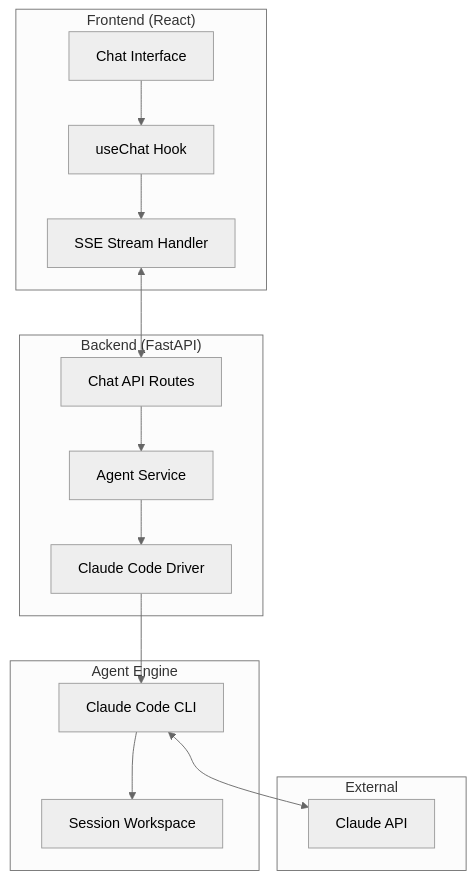
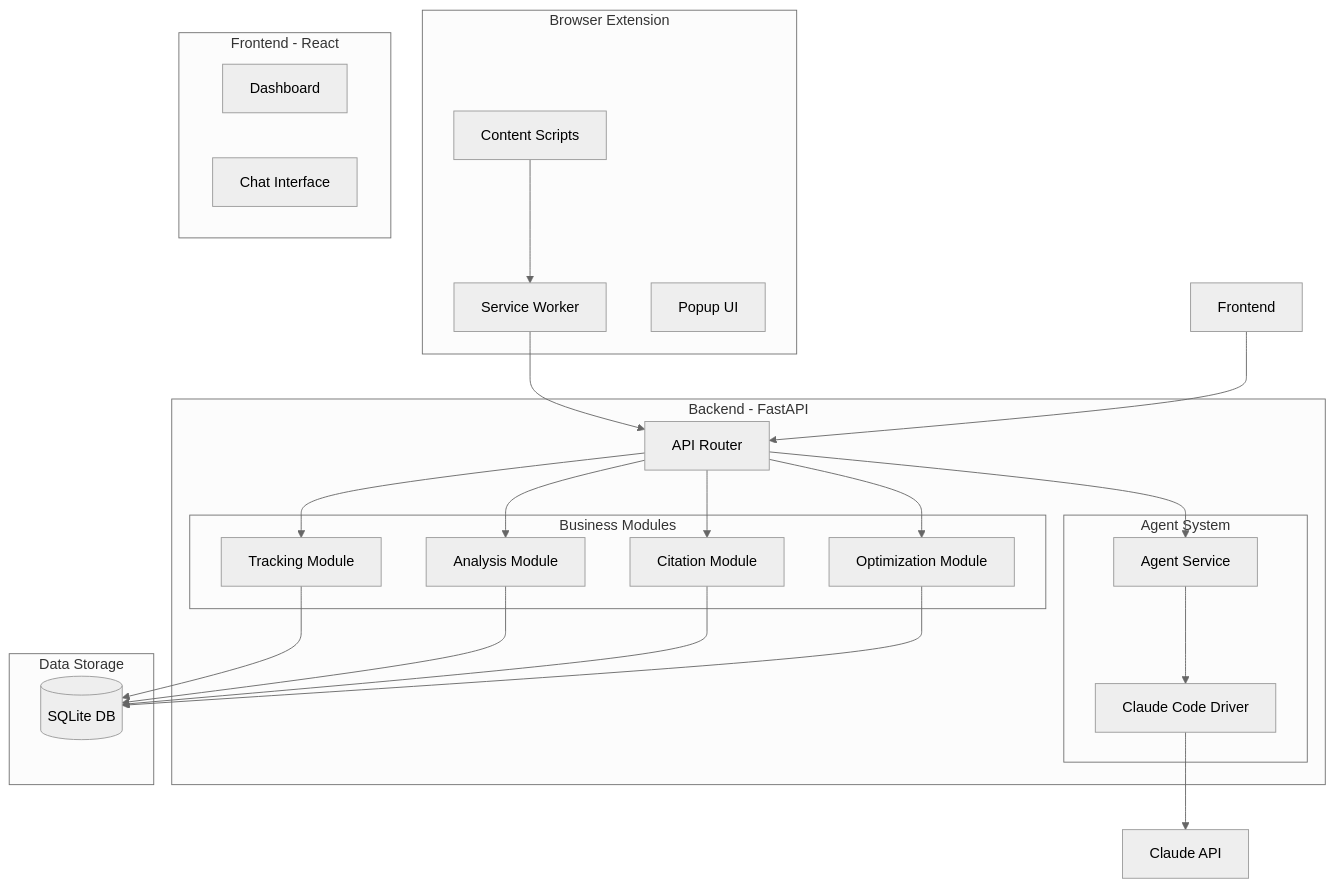
Before and after one commit to zhu1090093659/GEO: the second of 6 diagrams in docs/architecture/OVERVIEW.md, drawn with Mermaid (neutral theme). The commit also changed other lines of this file and 10 other files, not shown here.

Commit message:
Refactor documentation to enhance clarity and structure, including updates to architecture, module interfaces, API references, and troubleshooting guides. Introduce GEO branding across all documents and improve the setup and deployment instructions for better developer experience.

````diff
--- a/docs/architecture/OVERVIEW.md
+++ b/docs/architecture/OVERVIEW.md
@@ -18,32 +26,48 @@
 ```mermaid
 flowchart TB
-    subgraph Frontend["Frontend (React)"]
-        UI[Chat Interface]
-        Hook[useChat Hook]
-        SSE[SSE Stream Handler]
+    subgraph ext [Browser Extension]
+        Content[Content Scripts]
+        Background[Service Worker]
+        Popup[Popup UI]
     end
     
-    subgraph Backend["Backend (FastAPI)"]
-        API[Chat API Routes]
-        Service[Agent Service]
-        Driver[Claude Code Driver]
+    subgraph backend [Backend - FastAPI]
+        API[API Router]
+        subgraph modules [Business Modules]
+            Tracking[Tracking Module]
+            Analysis[Analysis Module]
+            Citation[Citation Module]
+            Optimization[Optimization Module]
+        end
+        subgraph agent [Agent System]
+            AgentService[Agent Service]
+            Driver[Claude Code Driver]
+        end
     end
     
-    subgraph Engine["Agent Engine"]
-        CLI[Claude Code CLI]
-        Workspace[Session Workspace]
+    subgraph storage [Data Storage]
+        DB[(SQLite DB)]
     end
     
-    subgraph External["External"]
-        Claude[Claude API]
+    subgraph frontend [Frontend - React]
+        Dashboard[Dashboard]
+        ChatUI[Chat Interface]
     end
     
-    UI --> Hook
-    Hook --> SSE
-    SSE <--> API
-    API --> Service
-    Service --> Driver
-    Driver --> CLI
-    CLI --> Workspace
-    CLI <--> Claude
+    Content --> Background
+    Background --> API
+    API --> Tracking
+    API --> Analysis
+    API --> Citation
+    API --> Optimization
+    Tracking --> DB
+    Analysis --> DB
+    Citation --> DB
+    Optimization --> DB
+    
+    API --> AgentService
+    AgentService --> Driver
+    Driver --> Claude[Claude API]
+    
+    Frontend --> API
 ```
````
